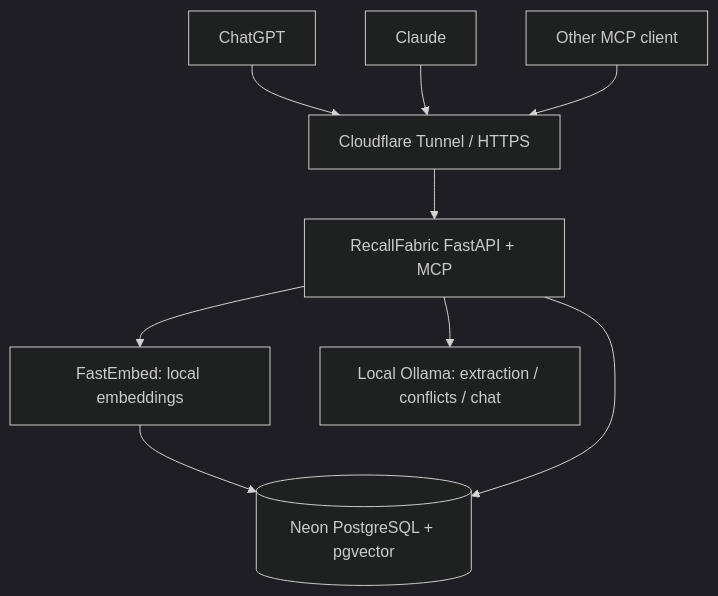
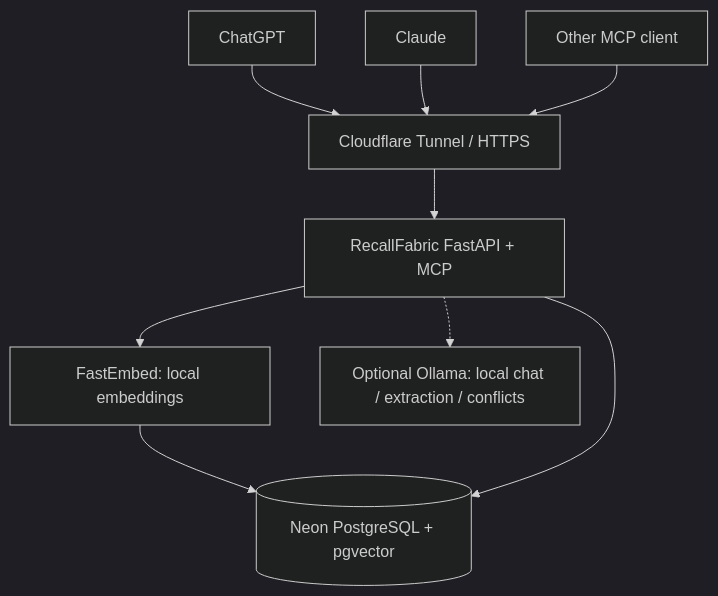
One commit to tusharsanka4/Capstone-RecallFabric changed the diagram in README.md. Above: the diagram before and after it, drawn with Mermaid (dark theme). The commit also changed other lines of this file, not shown here.

````diff
--- a/README.md
+++ b/README.md
@@ -20,11 +144,11 @@
 ```mermaid
 flowchart TD
     A[ChatGPT] --> T[Cloudflare Tunnel / HTTPS]
     B[Claude] --> T
     C[Other MCP client] --> T
     T --> R[RecallFabric FastAPI + MCP]
     R --> E[FastEmbed: local embeddings]
     E --> N[(Neon PostgreSQL + pgvector)]
     R --> N
-    R --> O[Local Ollama: extraction / conflicts / chat]
+    R -.-> O[Optional Ollama: local chat / extraction / conflicts]
 ```
````
